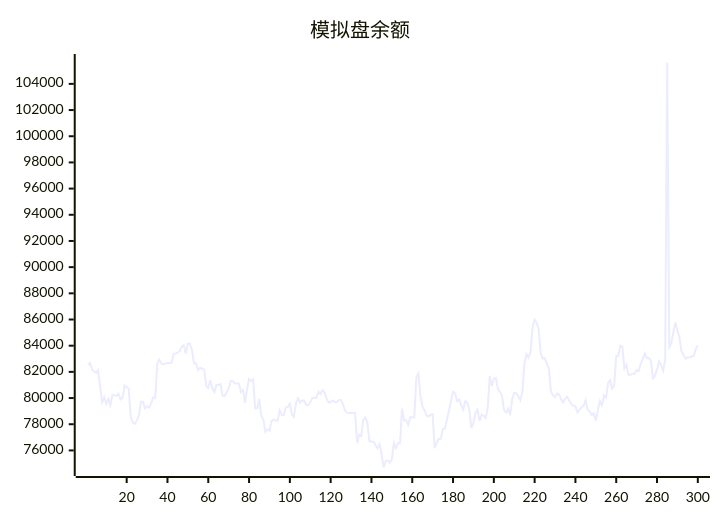
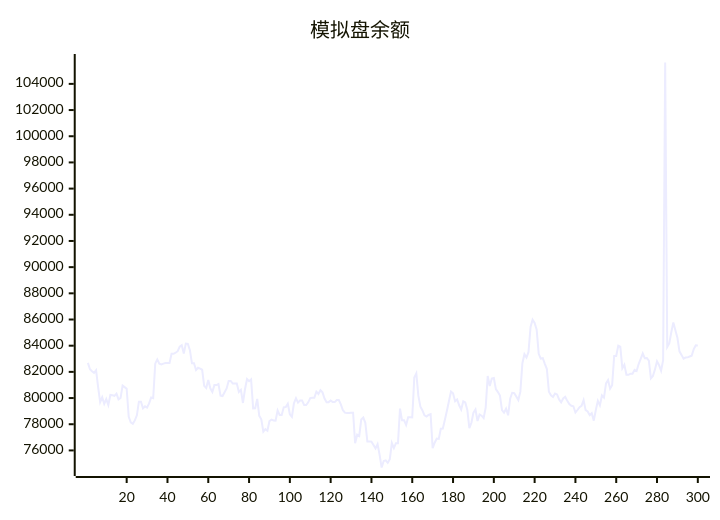
The diagram in README.md (aahl/ai-trading), drawn with Mermaid before and after one commit. The commit also changed other lines of this file and 1 other file, not shown here.

````diff
--- a/README.md
+++ b/README.md
@@ -5,5 +5,5 @@
 ```mermaid
 xychart
     title "模拟盘余额"
-    line [82512,82688,82200,82047,81920,82125,80840,79688,80060,79552,79920,79470,80236,80208,80170,80336,79894,80006,80954,80837,80712,78561,78139,78037,78293,78682,79720,79720,79214,79372,79279,79591,80046,79993,82625,82950,82626,82571,82633,82670,82670,82681,83386,83378,83464,83579,83920,84037,83402,84160,84142,83652,82655,82655,82145,82315,82243,82163,80934,80770,81371,80742,80468,80989,80989,81067,80191,80155,80450,80737,81309,81309,81106,81119,81119,80471,80631,79624,80670,81448,81290,81429,79212,79222,79940,78643,78380,77432,77623,77504,78235,78358,78284,78277,79048,78714,78714,79290,79308,79567,78763,78563,79603,79988,79652,79813,79813,79476,79469,79673,79995,80015,80015,80486,80314,80600,80436,79966,79689,79689,79819,79692,79692,79850,79850,79518,79071,78889,78850,78850,78878,78878,76554,77202,77103,78357,78510,78106,76678,76677,76672,76411,76159,76485,75656,74695,75197,75246,75052,75334,76564,76179,76553,76551,79196,78300,78300,77944,78531,78531,78521,81564,81884,80160,79335,79055,78675,78580,78708,78764,76179,76586,76902,76876,77658,77669,78346,79023,79769,80497,80366,79761,79896,79448,79126,79749,79658,79097,77695,78114,78888,79126,78249,78738,78653,78478,79271,81680,80923,81488,81527,80681,80455,80190,79084,78879,79193,78686,79954,80403,80374,80118,79848,80491,82665,83351,83098,83525,85430,85983,85737,85221,83378,83014,83043,82613,82216,80477,80208,80081,80348,80277,79894,79670,79965,80093,79786,79542,79406,79371,78893,79087,79304,79406,79841,79072,78978,78696,78846,78272,79085,79787,79442,80198,80031,81120,81379,80718,80985,83214,83212,83993,83921,82270,82547,81776,81776,81866,81866,82158,82061,82596,83000,83408,83041,83050,82858,81503,81691,82188,82812,82517,82092,82901,105633,83898,84180,85030,85781,85178,84604,83569,83298,83008,83093,83107,83175,83228,83729,84025]
+    line [82688,82200,82047,81920,82125,80840,79688,80060,79552,79920,79470,80236,80208,80170,80336,79894,80006,80954,80837,80712,78561,78139,78037,78293,78682,79720,79720,79214,79372,79279,79591,80046,79993,82625,82950,82626,82571,82633,82670,82670,82681,83386,83378,83464,83579,83920,84037,83402,84160,84142,83652,82655,82655,82145,82315,82243,82163,80934,80770,81371,80742,80468,80989,80989,81067,80191,80155,80450,80737,81309,81309,81106,81119,81119,80471,80631,79624,80670,81448,81290,81429,79212,79222,79940,78643,78380,77432,77623,77504,78235,78358,78284,78277,79048,78714,78714,79290,79308,79567,78763,78563,79603,79988,79652,79813,79813,79476,79469,79673,79995,80015,80015,80486,80314,80600,80436,79966,79689,79689,79819,79692,79692,79850,79850,79518,79071,78889,78850,78850,78878,78878,76554,77202,77103,78357,78510,78106,76678,76677,76672,76411,76159,76485,75656,74695,75197,75246,75052,75334,76564,76179,76553,76551,79196,78300,78300,77944,78531,78531,78521,81564,81884,80160,79335,79055,78675,78580,78708,78764,76179,76586,76902,76876,77658,77669,78346,79023,79769,80497,80366,79761,79896,79448,79126,79749,79658,79097,77695,78114,78888,79126,78249,78738,78653,78478,79271,81680,80923,81488,81527,80681,80455,80190,79084,78879,79193,78686,79954,80403,80374,80118,79848,80491,82665,83351,83098,83525,85430,85983,85737,85221,83378,83014,83043,82613,82216,80477,80208,80081,80348,80277,79894,79670,79965,80093,79786,79542,79406,79371,78893,79087,79304,79406,79841,79072,78978,78696,78846,78272,79085,79787,79442,80198,80031,81120,81379,80718,80985,83214,83212,83993,83921,82270,82547,81776,81776,81866,81866,82158,82061,82596,83000,83408,83041,83050,82858,81503,81691,82188,82812,82517,82092,82901,105633,83898,84180,85030,85781,85178,84604,83569,83298,83008,83093,83107,83175,83228,83729,84025,84017]
 ```
````
